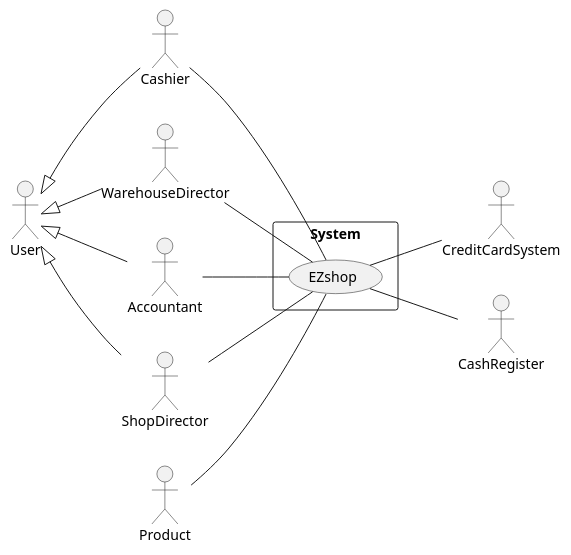
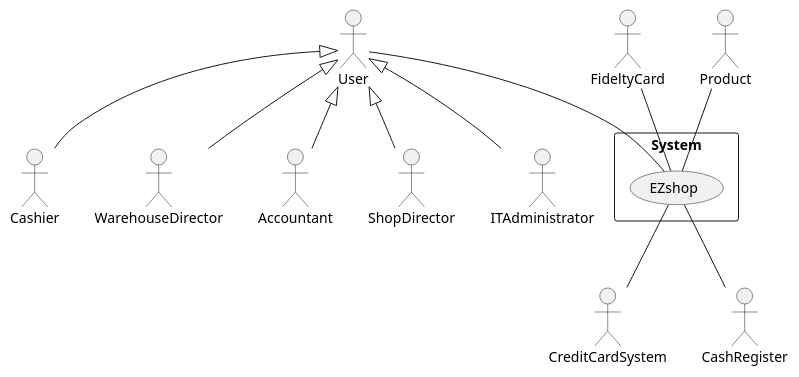
The first of 3 diagrams in Deliverables/RequirementsDocument.md (Stormz4/group20-EzShop), drawn with PlantUML before and after one commit. The commit also changed other lines of this file, not shown here.

Commit message:
Doc: Updated stakeholders, context diagram, functtional requiremets, non functional requirements, usecases and added deployment diagram

````diff
--- a/Deliverables/RequirementsDocument.md
+++ b/Deliverables/RequirementsDocument.md
@@ -68,21 +69,19 @@
 ```plantuml
 @startuml
-left to right direction
 
 rectangle System{
 	usecase "EZshop" as Shop
 }
 
 User <|-- Cashier
 User <|-- WarehouseDirector
 User <|-- Accountant
 User <|-- ShopDirector
-Cashier --  Shop
+User <|-- ITAdministrator
+User -- Shop
+FideltyCard -- Shop
 Product --  Shop
-WarehouseDirector --  Shop
-Accountant --  Shop
-ShopDirector -- Shop
 Shop -- CreditCardSystem
 Shop -- CashRegister
 @enduml
 ```
````
